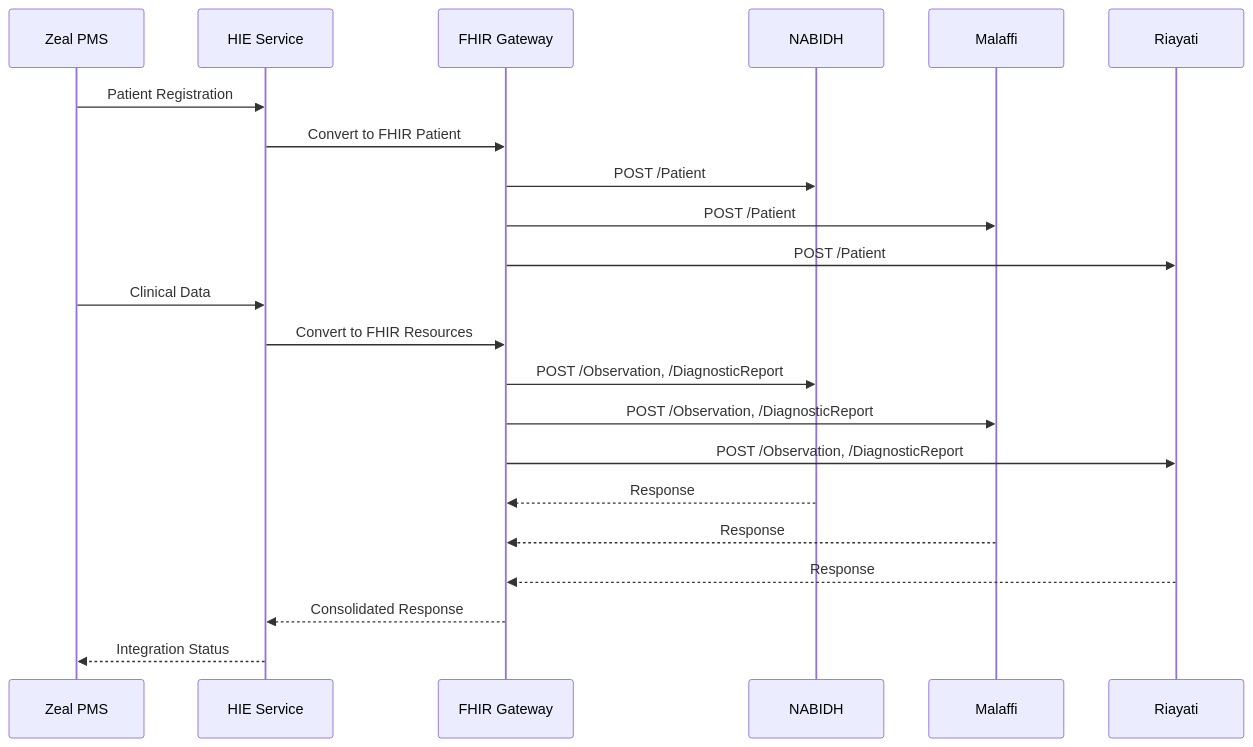
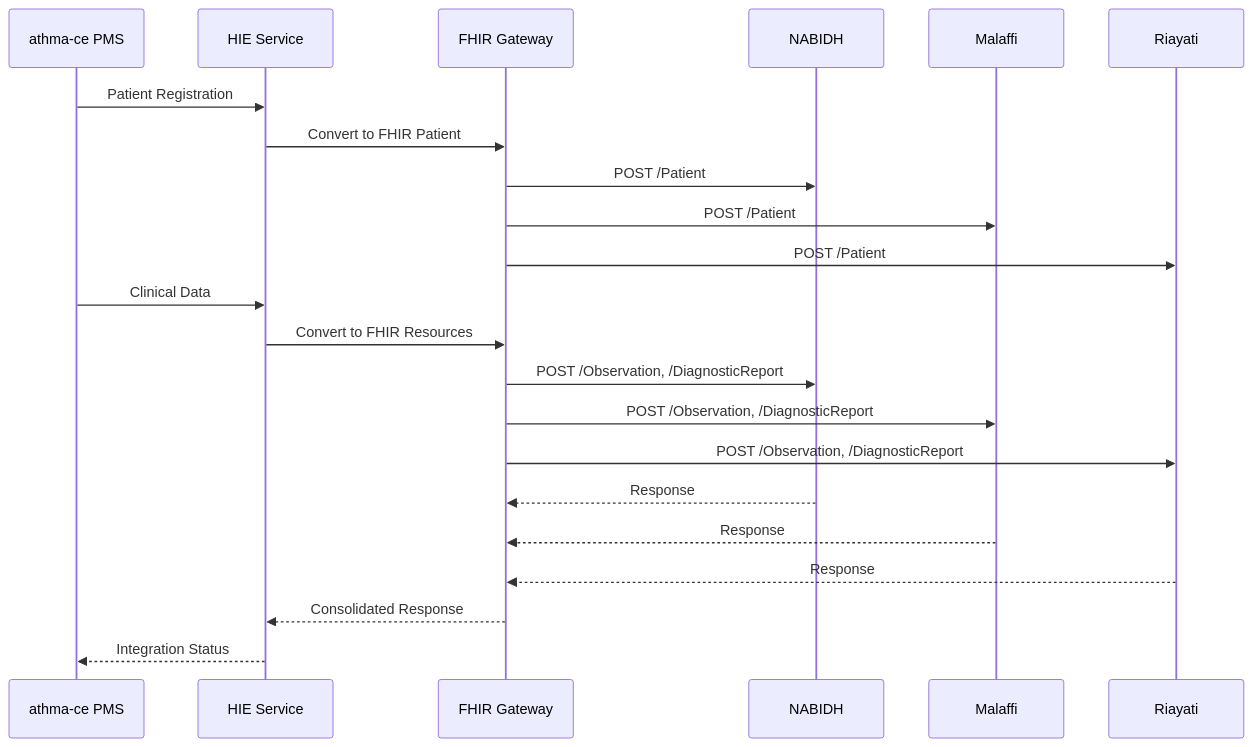
Before and after one commit to daivahealth/athma-ce: the second of 2 diagrams in docs/features/07-Integrations-UAE.md, drawn with Mermaid. The commit also changed other lines of this file and 110 other files, not shown here.

Commit message:
changed to athma-ce from zeal

````diff
--- a/docs/features/07-Integrations-UAE.md
+++ b/docs/features/07-Integrations-UAE.md
@@ -822,27 +822,27 @@
 ```mermaid
 sequenceDiagram
-    participant PMS as Zeal PMS
+    participant PMS as athma-ce PMS
     participant HIE as HIE Service
     participant FHIR as FHIR Gateway
     participant NABIDH as NABIDH
     participant Malaffi as Malaffi
     participant Riayati as Riayati
     
     PMS->>HIE: Patient Registration
     HIE->>FHIR: Convert to FHIR Patient
     FHIR->>NABIDH: POST /Patient
     FHIR->>Malaffi: POST /Patient
     FHIR->>Riayati: POST /Patient
     
     PMS->>HIE: Clinical Data
     HIE->>FHIR: Convert to FHIR Resources
     FHIR->>NABIDH: POST /Observation, /DiagnosticReport
     FHIR->>Malaffi: POST /Observation, /DiagnosticReport
     FHIR->>Riayati: POST /Observation, /DiagnosticReport
     
     NABIDH-->>FHIR: Response
     Malaffi-->>FHIR: Response
     Riayati-->>FHIR: Response
     FHIR-->>HIE: Consolidated Response
     HIE-->>PMS: Integration Status
 ```
````
